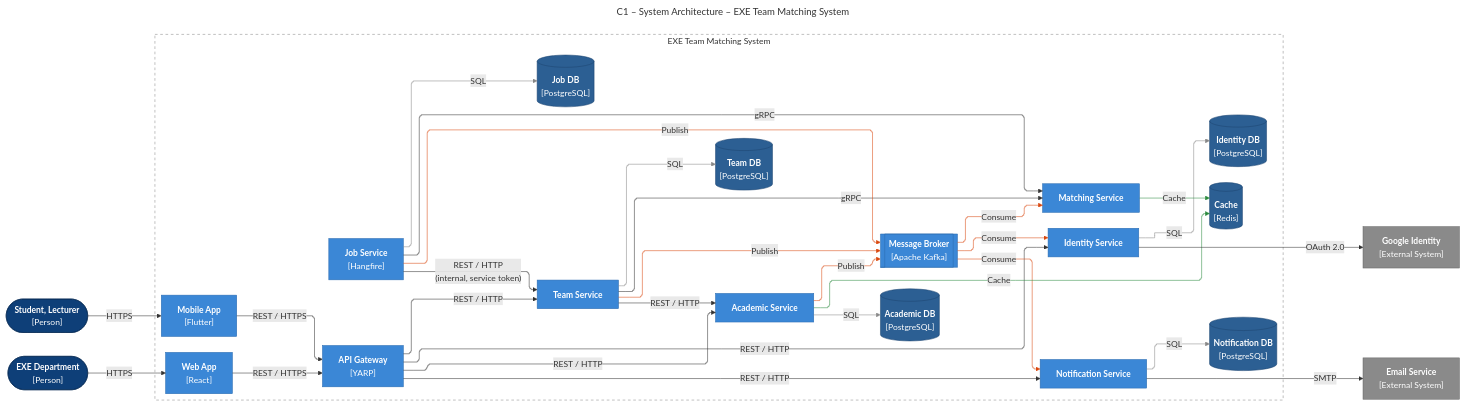
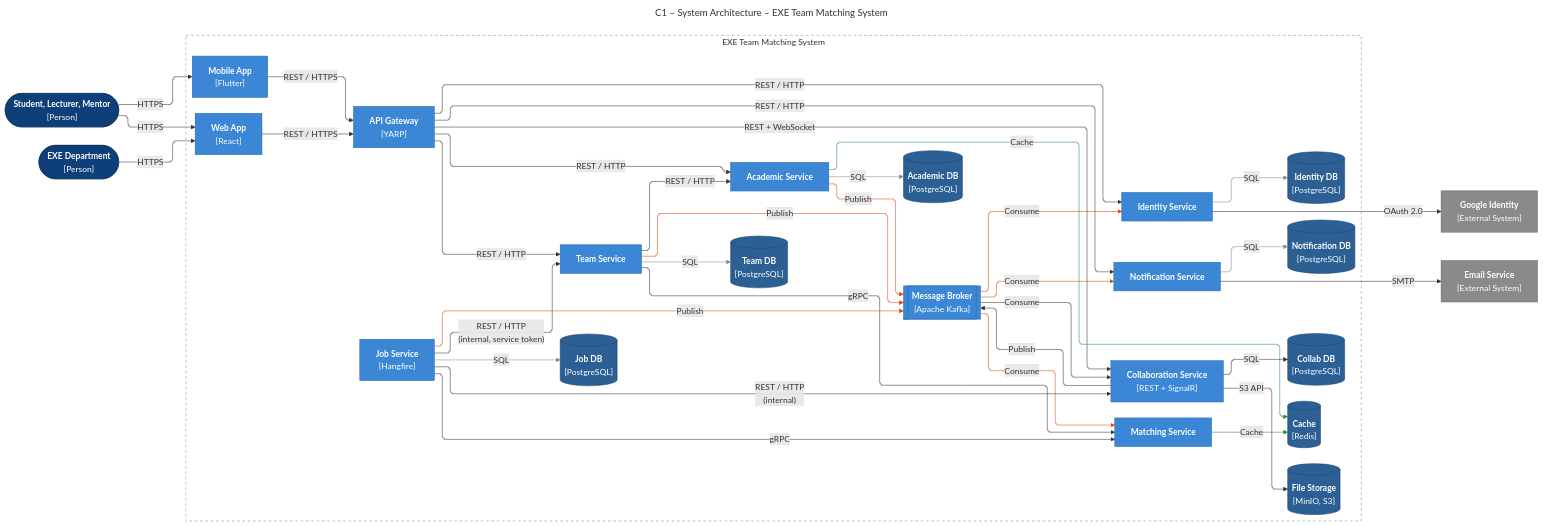
The diagram in docs/c4-architecture/c1.mmd (nmhthien58/ExeTeamMatching), drawn with Mermaid before and after one commit. The commit also changed 14 other files, not shown here.

```diff
--- a/docs/c4-architecture/c1.mmd
+++ b/docs/c4-architecture/c1.mmd
@@ -1,77 +1,88 @@
 ---
 title: C1 – System Architecture – EXE Team Matching System
 config:
   layout: elk
   flowchart:
     curve: step
 ---
 flowchart LR
-    users(["<b>Student, Lecturer</b><br/>[Person]"]):::person
+    users(["<b>Student, Lecturer, Mentor</b><br/>[Person]"]):::person
     admin(["<b>EXE Department</b><br/>[Person]"]):::person
 
     subgraph system["EXE Team Matching System"]
         mobile["<b>Mobile App</b><br/>[Flutter]"]:::container
         web["<b>Web App</b><br/>[React]"]:::container
         gateway["<b>API Gateway</b><br/>[YARP]"]:::container
 
         identity["<b>Identity Service</b>"]:::container
         team["<b>Team Service</b>"]:::container
         academic["<b>Academic Service</b>"]:::container
         notification["<b>Notification Service</b>"]:::container
         job["<b>Job Service</b><br/>[Hangfire]"]:::container
         matching["<b>Matching Service</b>"]:::container
+        collab["<b>Collaboration Service</b><br/>[REST + SignalR]"]:::container
+        collabDb[("<b>Collab DB</b><br/>[PostgreSQL]")]:::db
+        minio[("<b>File Storage</b><br/>[MinIO, S3]")]:::db
         kafka[["<b>Message Broker</b><br/>[Apache Kafka]"]]:::container
 
         identityDb[("<b>Identity DB</b><br/>[PostgreSQL]")]:::db
         teamDb[("<b>Team DB</b><br/>[PostgreSQL]")]:::db
         academicDb[("<b>Academic DB</b><br/>[PostgreSQL]")]:::db
         jobDb[("<b>Job DB</b><br/>[PostgreSQL]")]:::db
         notificationDb[("<b>Notification DB</b><br/>[PostgreSQL]")]:::db
         redis[("<b>Cache</b><br/>[Redis]")]:::db
     end
 
     google["<b>Google Identity</b><br/>[External System]"]:::external
     email["<b>Email Service</b><br/>[External System]"]:::external
 
     users -->|HTTPS| mobile
     admin -->|HTTPS| web
     mobile -->|REST / HTTPS| gateway
     web -->|REST / HTTPS| gateway
 
     gateway -->|REST / HTTP| identity
     gateway -->|REST / HTTP| team
     gateway -->|REST / HTTP| academic
     gateway -->|REST / HTTP| notification
 
     team -->|REST / HTTP| academic
     team -->|gRPC| matching
     job -->|"REST / HTTP<br/>(internal, service token)"| team
     job -->|gRPC| matching
 
     team -->|Publish| kafka
     academic -->|Publish| kafka
     job -->|Publish| kafka
     kafka -->|Consume| notification
     kafka -->|Consume| matching
     kafka -->|Consume| identity
 
     identity -->|SQL| identityDb
     team -->|SQL| teamDb
     academic -->|SQL| academicDb
     job -->|SQL| jobDb
     notification -->|SQL| notificationDb
     academic -->|Cache| redis
     matching -->|Cache| redis
 
     identity -->|OAuth 2.0| google
     notification -->|SMTP| email
 
+    users -->|HTTPS| web
+    gateway -->|"REST + WebSocket"| collab
+    job -->|"REST / HTTP<br/>(internal)"| collab
+    collab -->|Publish| kafka
+    kafka -->|Consume| collab
+    collab -->|SQL| collabDb
+    collab -->|S3 API| minio
+
     classDef person fill:#0E3F78,stroke:#0A2E59,color:#fff
     classDef container fill:#3B87D6,stroke:#2A6BB0,color:#fff
     classDef db fill:#2C5F93,stroke:#1E4670,color:#fff
     classDef external fill:#8A8A8A,stroke:#666,color:#fff
     style system fill:none,stroke:#888,stroke-dasharray: 5 5
 
     linkStyle 12,13,14,15,16,17 stroke:#D9480F
     linkStyle 18,19,20,21,22 stroke:#888
     linkStyle 23,24 stroke:#2B8A3E
```
